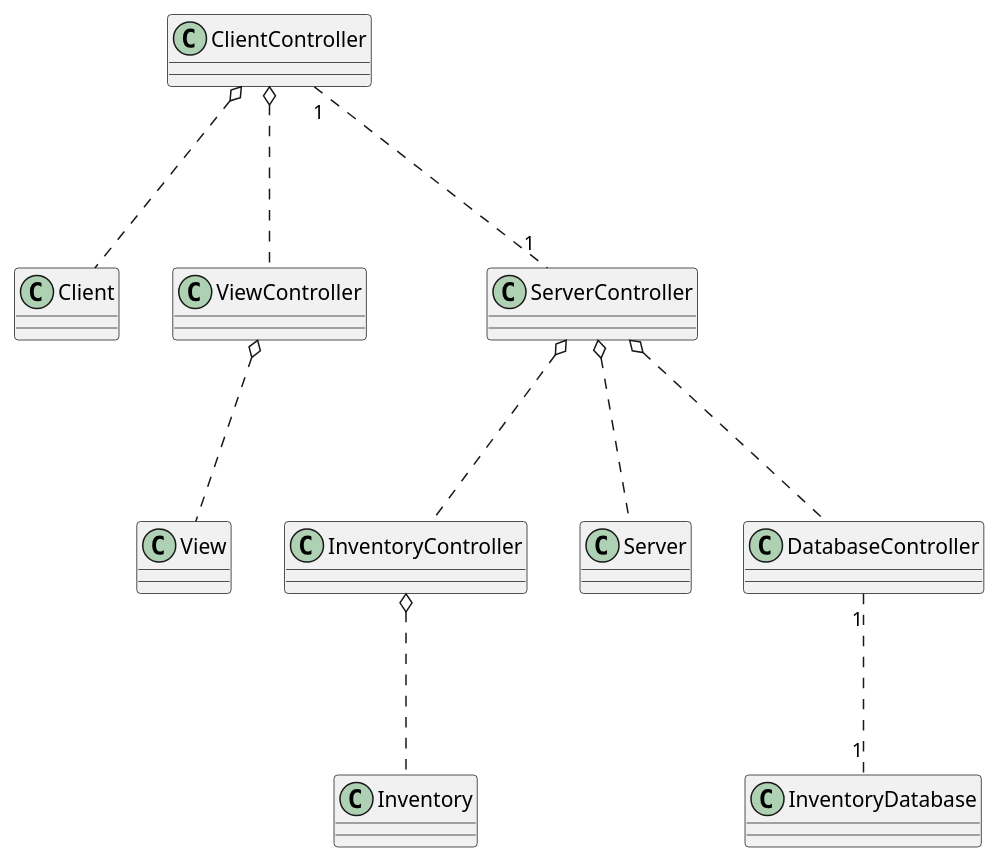
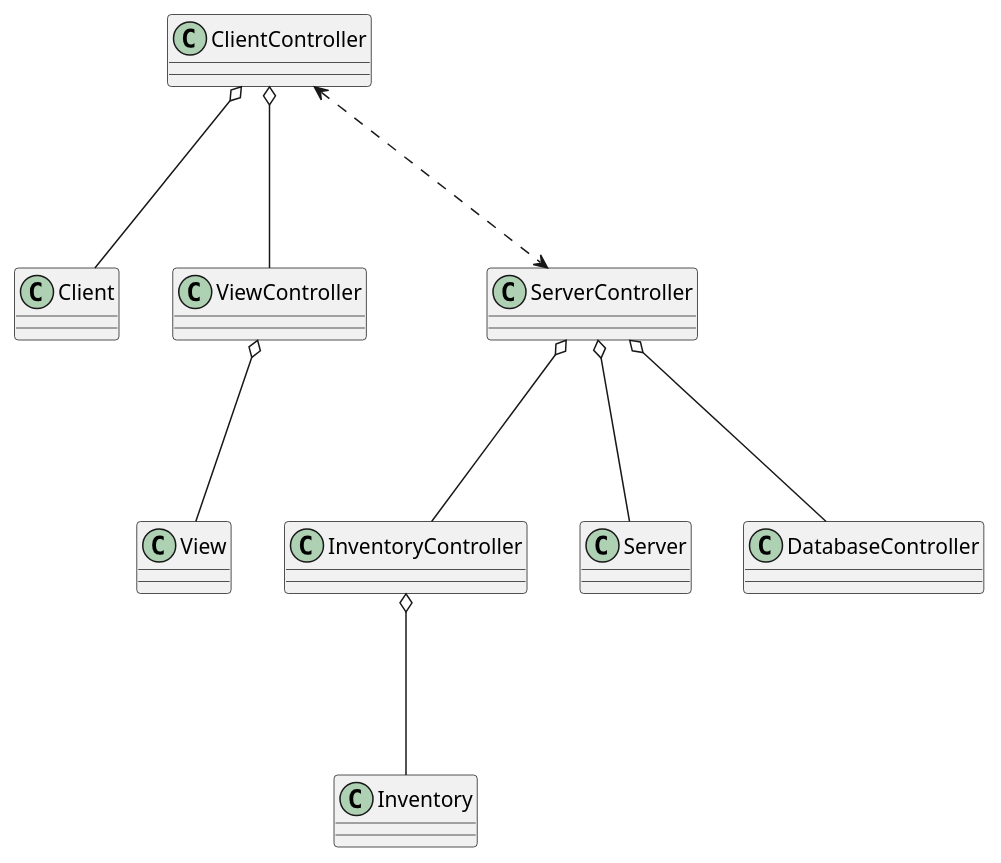
The diagram in UML Models/MVC_Model.md (mklasby/MVC-Distributed-Inventory-Management), drawn with PlantUML before and after one commit. The commit also changed other lines of this file and 4 other files, not shown here.

Commit message:
uml progress

```diff
--- a/UML Models/MVC_Model.md
+++ b/UML Models/MVC_Model.md
@@ -1,22 +1,20 @@
 @startuml
 
-ClientController o... Client
+ClientController o--- Client
 
-ClientController o... ViewController
+ClientController o--- ViewController
 
-ViewController o... View
+ViewController o--- View
 
-ClientController "1" ... "1" ServerController
+ClientController  <...>  ServerController
 
-ServerController o... InventoryController
+ServerController o--- InventoryController
 
-ServerController o... Server
+ServerController o--- Server
 
-ServerController o... DatabaseController
+ServerController o--- DatabaseController
 
-InventoryController o... Inventory
-
-DatabaseController "1" ... "1" InventoryDatabase
+InventoryController o--- Inventory
 
 
 @enduml
```
